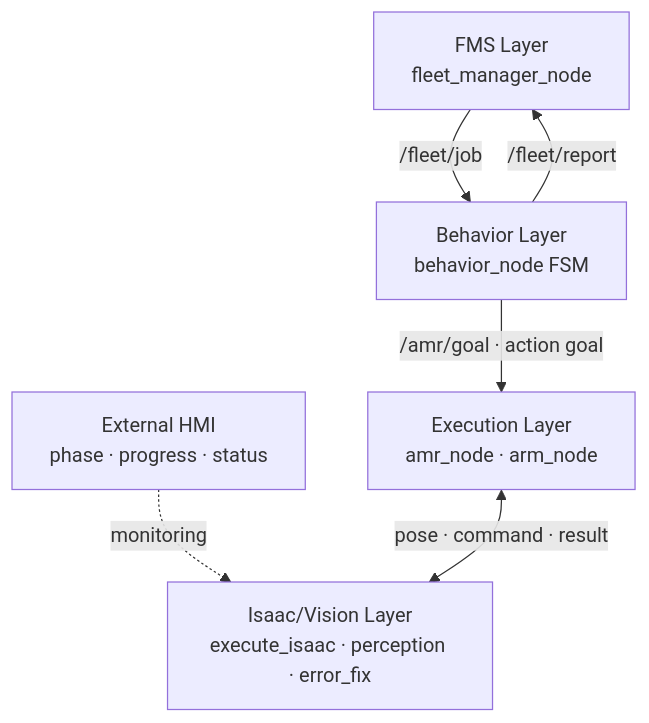
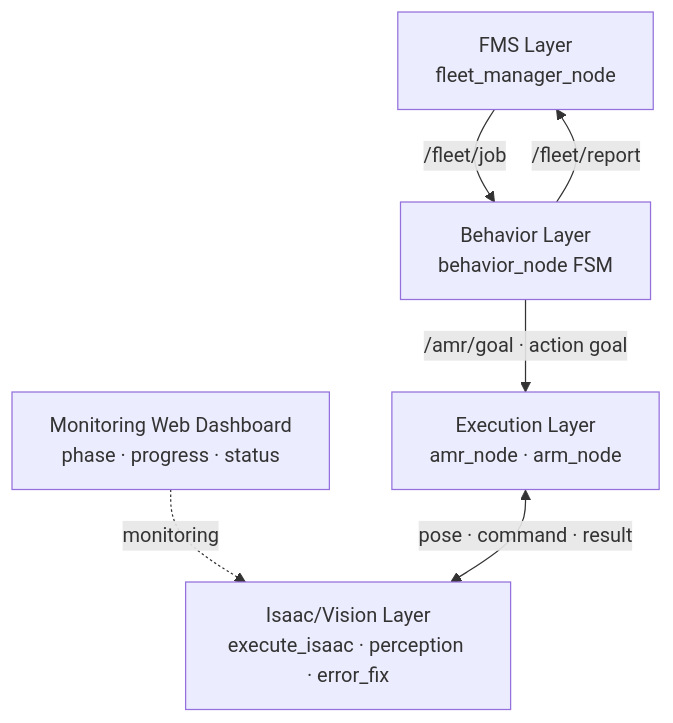
One commit to poi3824/2026_ROKEY_B_1 changed the diagram in README.md. Above: the diagram before and after it, drawn with Mermaid. The commit also changed other lines of this file, not shown here.

First line of the commit message:
docs: README의 HMI 용어를 모니터링 웹 대시보드로 정리

````diff
--- a/README.md
+++ b/README.md
@@ -111,14 +112,14 @@
 ```mermaid
 flowchart TB
-    H["External HMI<br/>phase · progress · status"]
+    H["Monitoring Web Dashboard<br/>phase · progress · status"]
     F["FMS Layer<br/>fleet_manager_node"]
     B["Behavior Layer<br/>behavior_node FSM"]
     E["Execution Layer<br/>amr_node · arm_node"]
     S["Isaac/Vision Layer<br/>execute_isaac · perception · error_fix"]
 
     H -. "monitoring" .-> S
     F -->|"/fleet/job"| B
     B -->|"/amr/goal · action goal"| E
     E <-->|"pose · command · result"| S
     B -->|"/fleet/report"| F
 ```
````
